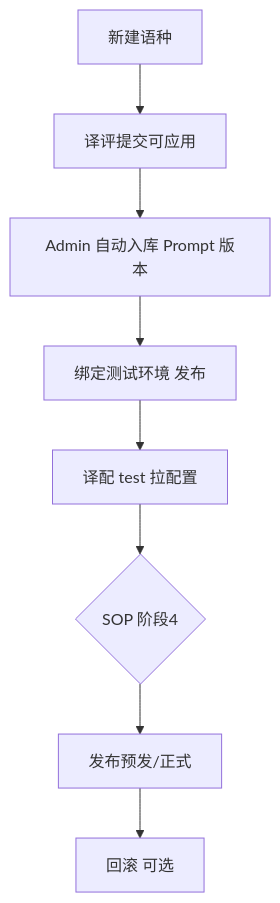
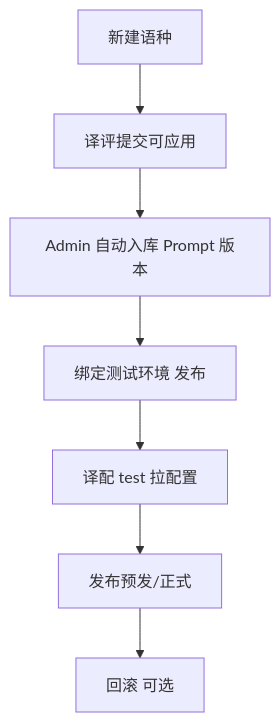
One commit to 8120xf/miracle-yiping changed the diagram in 需求文档/PRD-Admin管理平台-一期.md. Above: the diagram before and after it, drawn with Mermaid. The commit also changed other lines of this file and 2 other files, not shown here.

First line of the commit message:
docs: Admin SOP stage 4 removed; sync feature lists

````diff
--- a/需求文档/PRD-Admin管理平台-一期.md
+++ b/需求文档/PRD-Admin管理平台-一期.md
@@ -147,10 +147,9 @@
 ```mermaid
 flowchart TD
   A[新建语种] --> B[译评提交可应用]
   B --> C[Admin 自动入库 Prompt 版本]
   C --> D[绑定测试环境 发布]
   D --> E[译配 test 拉配置]
-  E --> F{SOP 阶段4}
-  F --> G[发布预发/正式]
-  G --> H[回滚 可选]
+  E --> F[发布预发/正式]
+  F --> G[回滚 可选]
 ```
````
